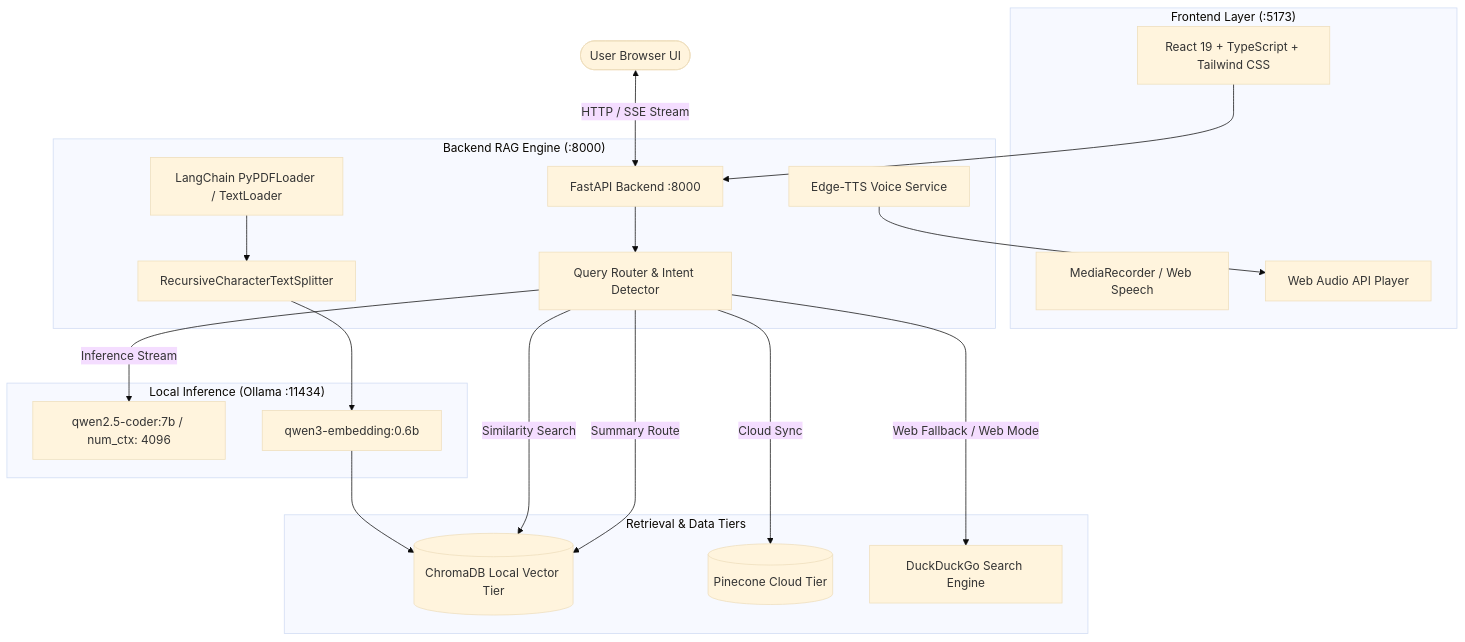
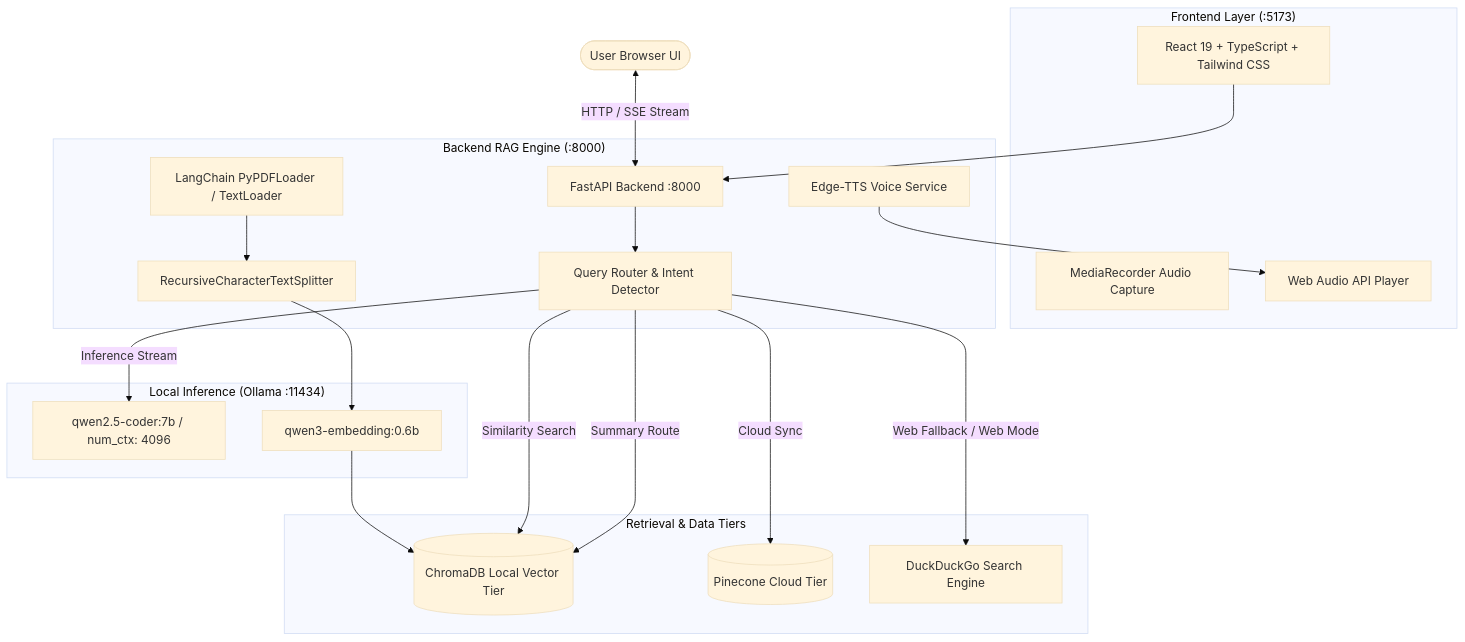
The diagram in README.md (conbott/JARVIS), drawn with Mermaid (base theme) before and after one commit. The commit also changed other lines of this file and 7 other files, not shown here.

````diff
--- a/README.md
+++ b/README.md
@@ -51,39 +51,39 @@
 ```mermaid
 graph TD
     User([User Browser UI]) <-->|HTTP / SSE Stream| API[FastAPI Backend :8000]
 
     subgraph "Frontend Layer (:5173)"
         UI[React 19 + TypeScript + Tailwind CSS]
-        VoiceIn[MediaRecorder / Web Speech]
+        VoiceIn[MediaRecorder Audio Capture]
         VoiceOut[Web Audio API Player]
     end
 
     subgraph "Backend RAG Engine (:8000)"
         API
         Router[Query Router & Intent Detector]
         DocLoader[LangChain PyPDFLoader / TextLoader]
         Splitter[RecursiveCharacterTextSplitter]
         TTS[Edge-TTS Voice Service]
     end
 
     subgraph "Retrieval & Data Tiers"
         Chroma[(ChromaDB Local Vector Tier)]
         Pinecone[(Pinecone Cloud Tier)]
         DDG[DuckDuckGo Search Engine]
     end
 
     subgraph "Local Inference (Ollama :11434)"
         LLM[qwen2.5-coder:7b / num_ctx: 4096]
         Embed[qwen3-embedding:0.6b]
     end
 
     UI --> API
     API --> Router
     Router -->|Summary Route| Chroma
     Router -->|Similarity Search| Chroma
     Router -->|Cloud Sync| Pinecone
     Router -->|Web Fallback / Web Mode| DDG
     Router -->|Inference Stream| LLM
     DocLoader --> Splitter --> Embed --> Chroma
     TTS --> VoiceOut
 ```
````
